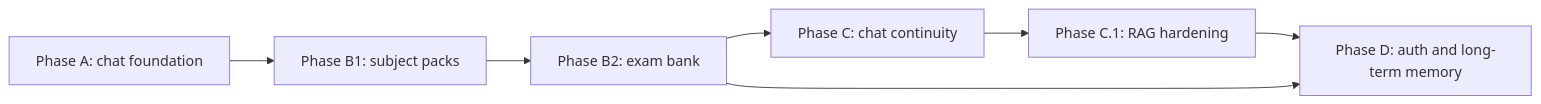
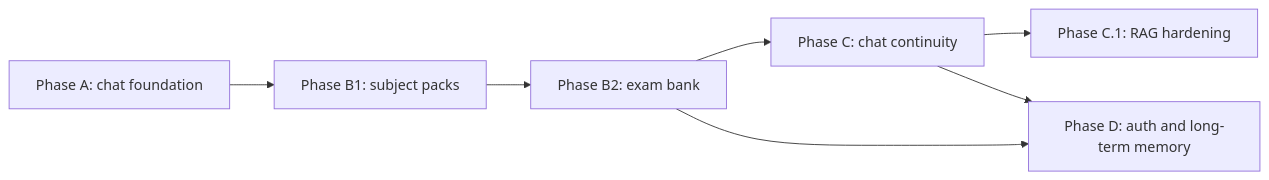
One commit to monitus2022/owl-online changed the second of 2 diagrams in docs/workplan.md. Above: the diagram before and after it, drawn with Mermaid. The commit also changed other lines of this file, not shown here.

````diff
--- a/docs/workplan.md
+++ b/docs/workplan.md
@@ -625,9 +629,9 @@
 ```mermaid
 flowchart LR
   A[Phase A: chat foundation] --> B1[Phase B1: subject packs]
   B1 --> B2[Phase B2: exam bank]
   B2 --> C[Phase C: chat continuity]
   C --> C1[Phase C.1: RAG hardening]
-  C1 --> D[Phase D: auth and long-term memory]
+  C --> D[Phase D: auth and long-term memory]
   B2 --> D
 ```
````
